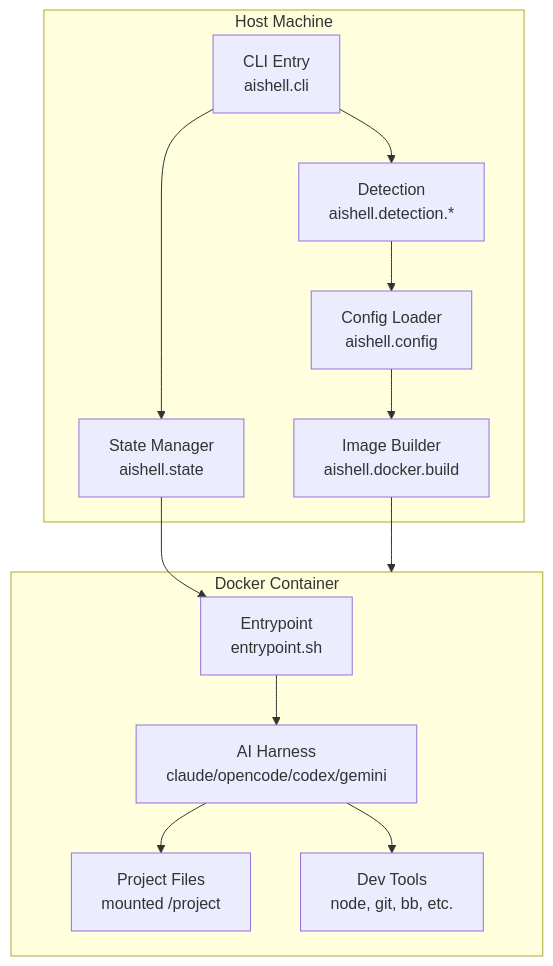
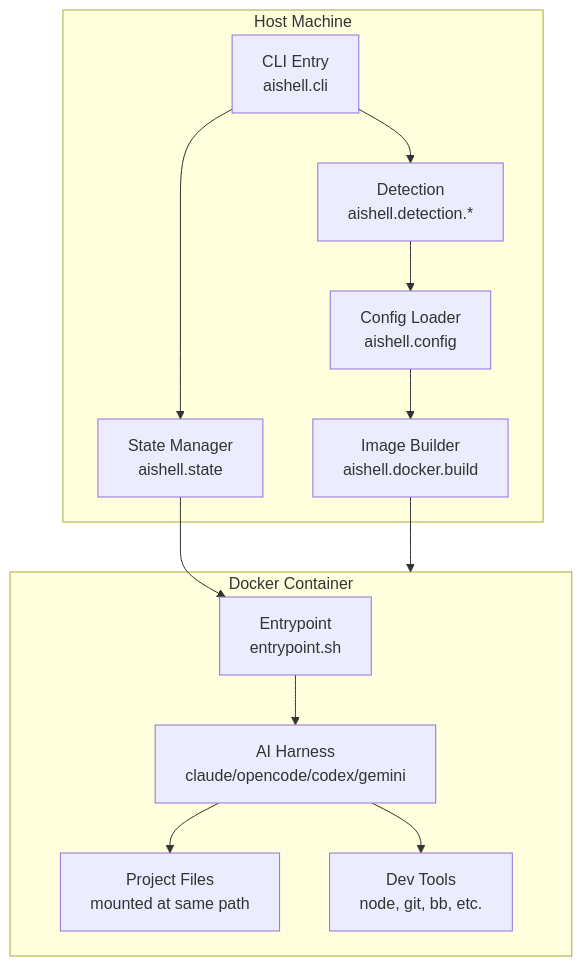
The diagram in docs/ARCHITECTURE.md (UniSoma/aishell), drawn with Mermaid before and after one commit. The commit also changed other lines of this file and 1 other file, not shown here.

First line of the commit message:
fix(docs): correct project mount path documentation

````diff
--- a/docs/ARCHITECTURE.md
+++ b/docs/ARCHITECTURE.md
@@ -26,27 +26,27 @@
 ```mermaid
 graph TB
     subgraph Host["Host Machine"]
         CLI[CLI Entry<br/>aishell.cli]
         Config[Config Loader<br/>aishell.config]
         Build[Image Builder<br/>aishell.docker.build]
         State[State Manager<br/>aishell.state]
         Detection[Detection<br/>aishell.detection.*]
     end
 
     subgraph Docker["Docker Container"]
         Entry[Entrypoint<br/>entrypoint.sh]
         Harness[AI Harness<br/>claude/opencode/codex/gemini]
-        Project[Project Files<br/>mounted /project]
+        Project[Project Files<br/>mounted at same path]
         Tools[Dev Tools<br/>node, git, bb, etc.]
     end
 
     CLI --> Detection
     Detection --> Config
     Config --> Build
     Build --> Docker
     CLI --> State
     State --> Entry
     Entry --> Harness
     Harness --> Project
     Harness --> Tools
 ```
````
